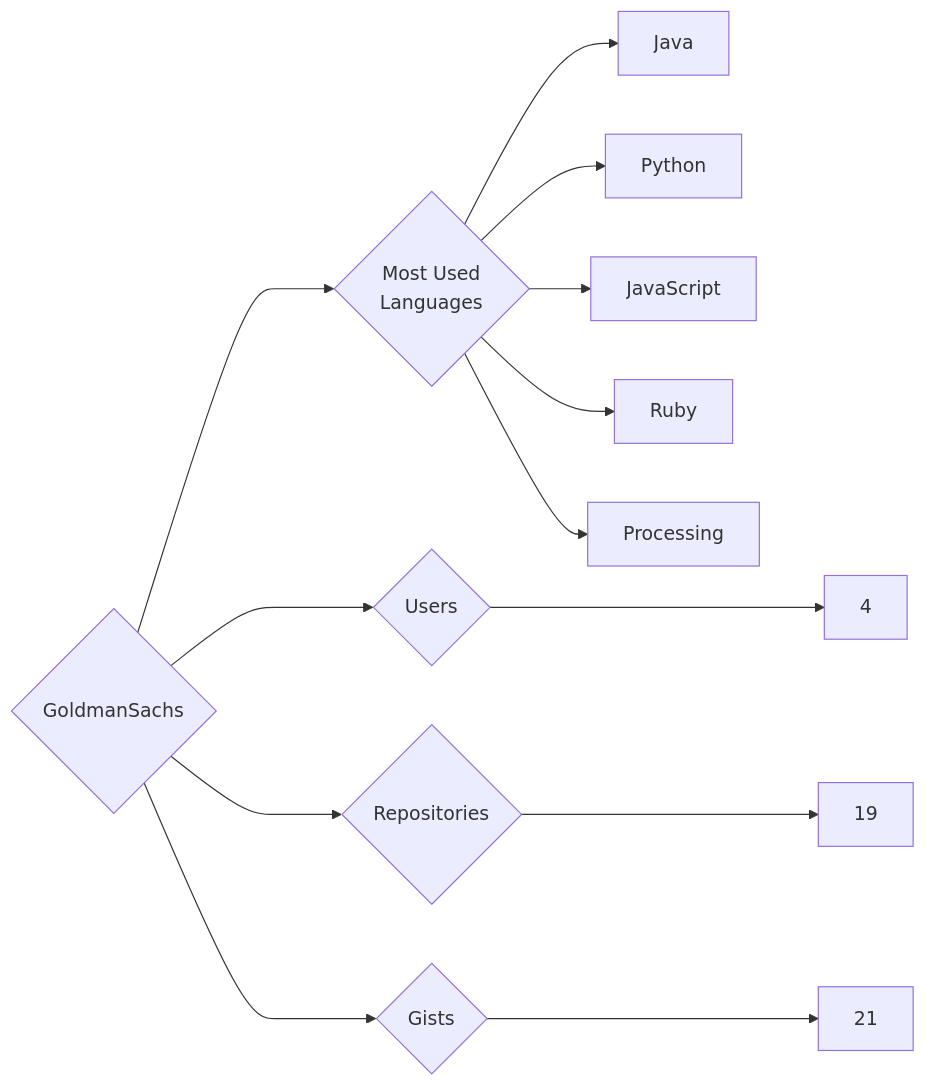
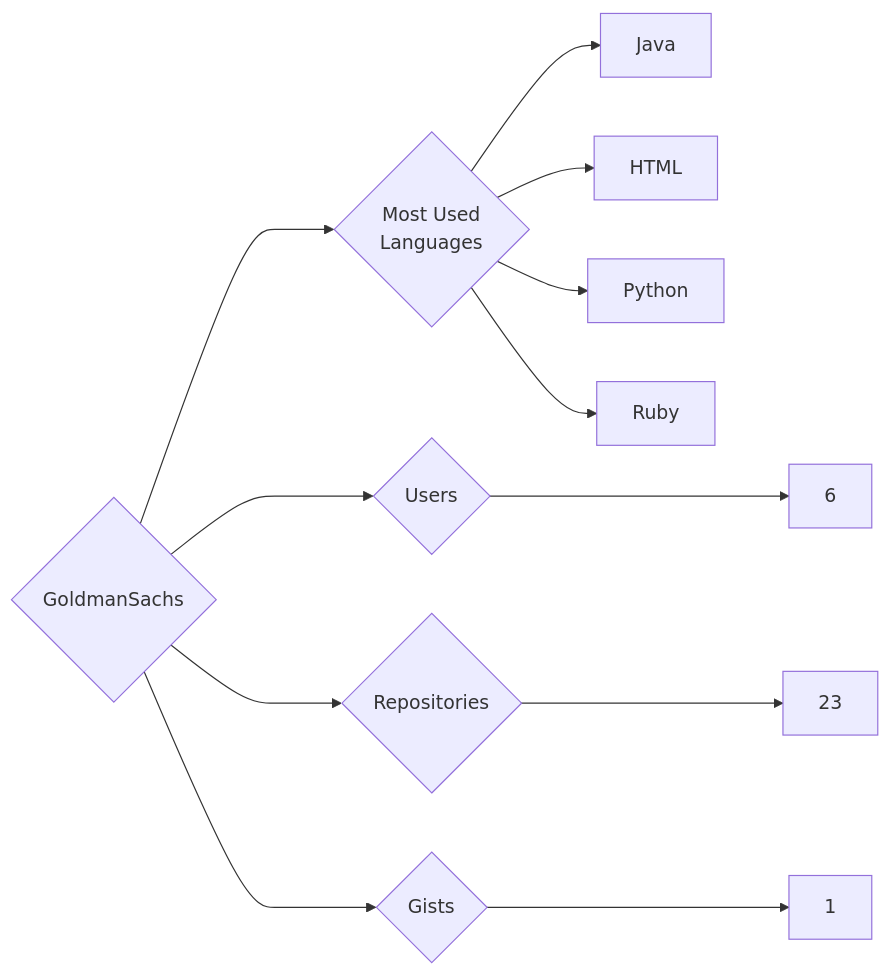
One commit to trickest/insiders changed the diagram in targets/GoldmanSachs/README.md. Above: the diagram before and after it, drawn with Mermaid. The commit also changed 1084 other files, not shown here.

````diff
--- a/targets/GoldmanSachs/README.md
+++ b/targets/GoldmanSachs/README.md
@@ -3,13 +3,12 @@
 ```mermaid
 graph LR
 COMPANY_NAME{GoldmanSachs}
-COMPANY_NAME ---> U{Users} ---> UN[4]
-COMPANY_NAME ---> R{Repositories} ---> RN[19]
-COMPANY_NAME ---> G{Gists} ---> GN[21]
+COMPANY_NAME ---> U{Users} ---> UN[6]
+COMPANY_NAME ---> R{Repositories} ---> RN[23]
+COMPANY_NAME ---> G{Gists} ---> GN[1]
 COMPANY_NAME ---> ML{Most Used<br>Languages}
 ML --> Java[Java]
+ML --> HTML[HTML]
 ML --> Python[Python]
-ML --> JavaScript[JavaScript]
 ML --> Ruby[Ruby]
-ML --> Processing[Processing]
 ```
````
